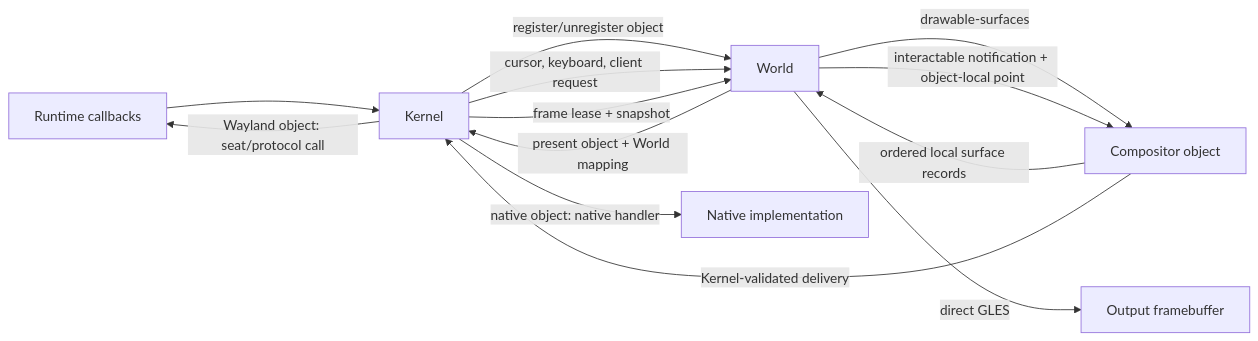
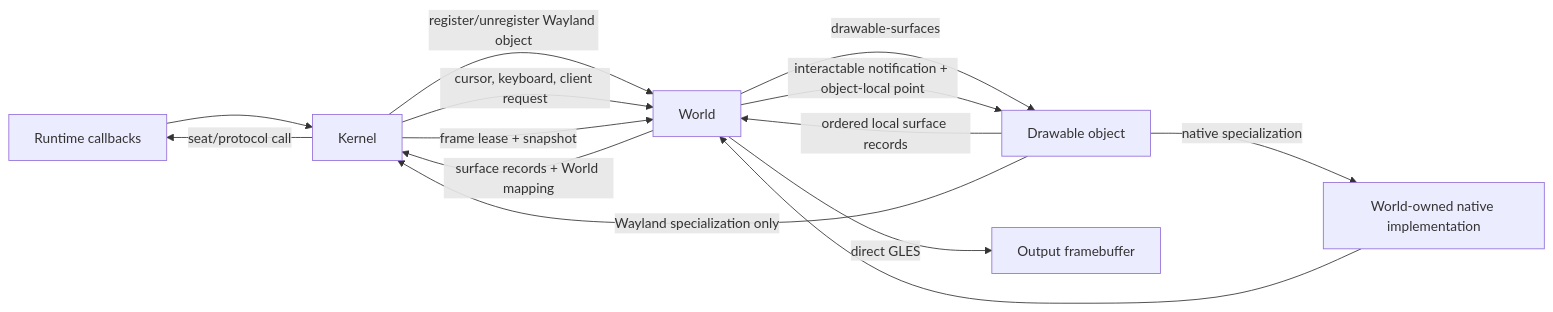
Before and after one commit to SeungheonOh/ataxia: the third of 4 diagrams in docs/POST-RUNTIME-REDESIGN-PLAN.md, drawn with Mermaid. The commit also changed other lines of this file, not shown here.

Commit message:
docs: keep native objects entirely world-owned

````diff
--- a/docs/POST-RUNTIME-REDESIGN-PLAN.md
+++ b/docs/POST-RUNTIME-REDESIGN-PLAN.md
@@ -430,17 +455,18 @@
 ```mermaid
 flowchart LR
     RT[Runtime callbacks] --> K[Kernel]
-    K -->|register/unregister object| W[World]
+    K -->|register/unregister Wayland object| W[World]
     K -->|cursor, keyboard, client request| W
 
-    W -->|drawable-surfaces| O[Compositor object]
+    W -->|drawable-surfaces| O[Drawable object]
     O -->|ordered local surface records| W
-    W -->|present object + World mapping| K
+    W -->|surface records + World mapping| K
     K -->|frame lease + snapshot| W
     W -->|direct GLES| F[Output framebuffer]
 
     W -->|interactable notification + object-local point| O
-    O -->|Kernel-validated delivery| K
-    K -->|Wayland object: seat/protocol call| RT
-    K -->|native object: native handler| N[Native implementation]
+    O -->|Wayland specialization only| K
+    K -->|seat/protocol call| RT
+    O -->|native specialization| N[World-owned native implementation]
+    N --> W
 ```
````
